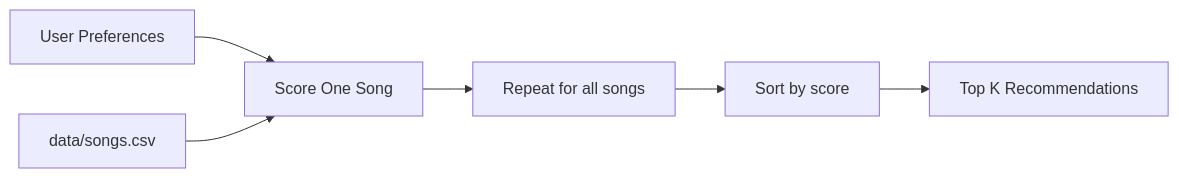
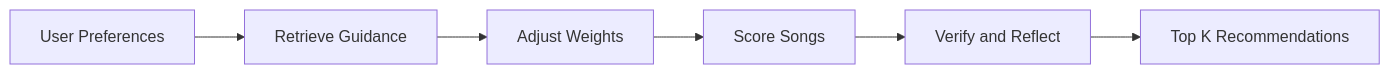
The second of 2 diagrams in README.md (xiajieou/applied-ai-system-project), drawn with Mermaid before and after one commit. The commit also changed other lines of this file and 1 other file, not shown here.

````diff
--- a/README.md
+++ b/README.md
@@ -32,8 +45,8 @@
 ```mermaid
 flowchart LR
-  A[User Preferences] --> B[Score One Song]
-  C[data/songs.csv] --> B
-  B --> D[Repeat for all songs]
-  D --> E[Sort by score]
+  A[User Preferences] --> B[Retrieve Guidance]
+  B --> C[Adjust Weights]
+  C --> D[Score Songs]
+  D --> E[Verify and Reflect]
   E --> F[Top K Recommendations]
 ```
````
